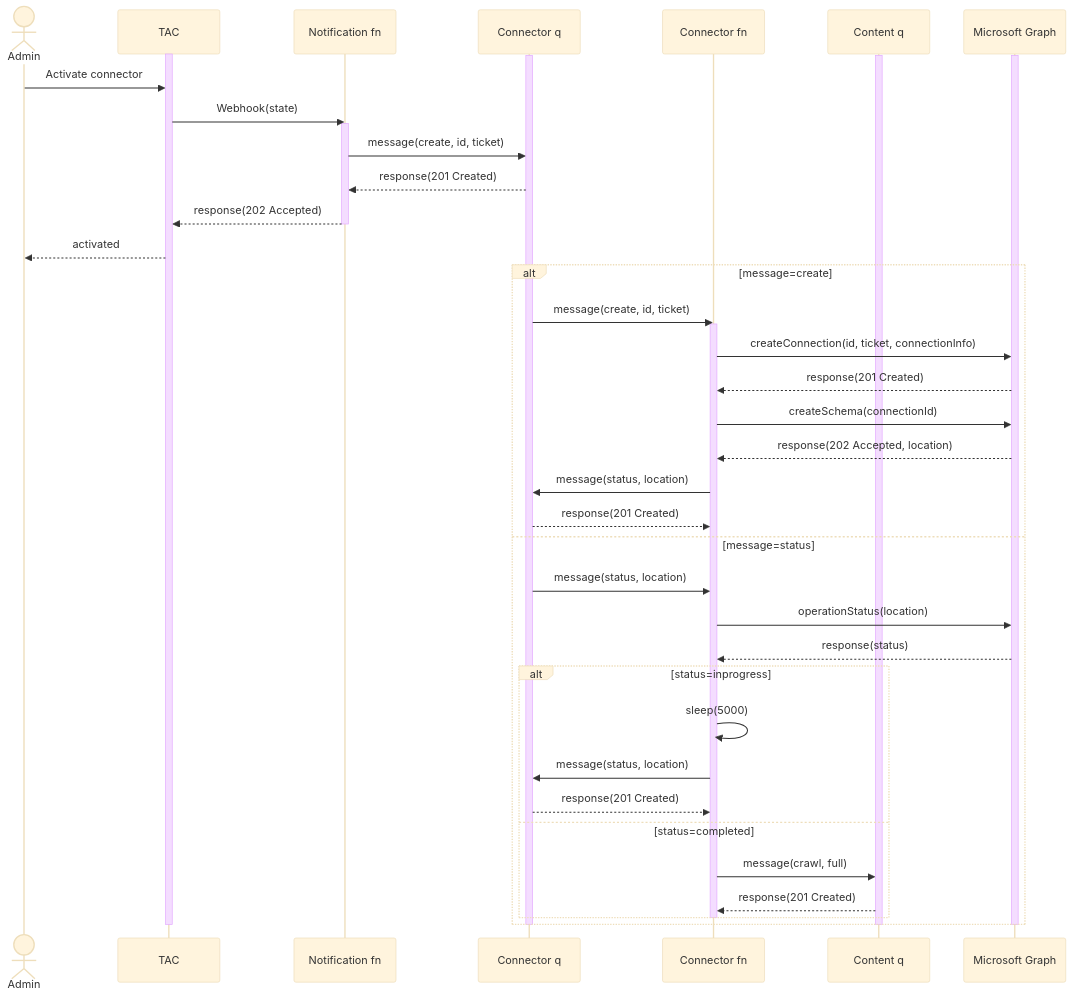
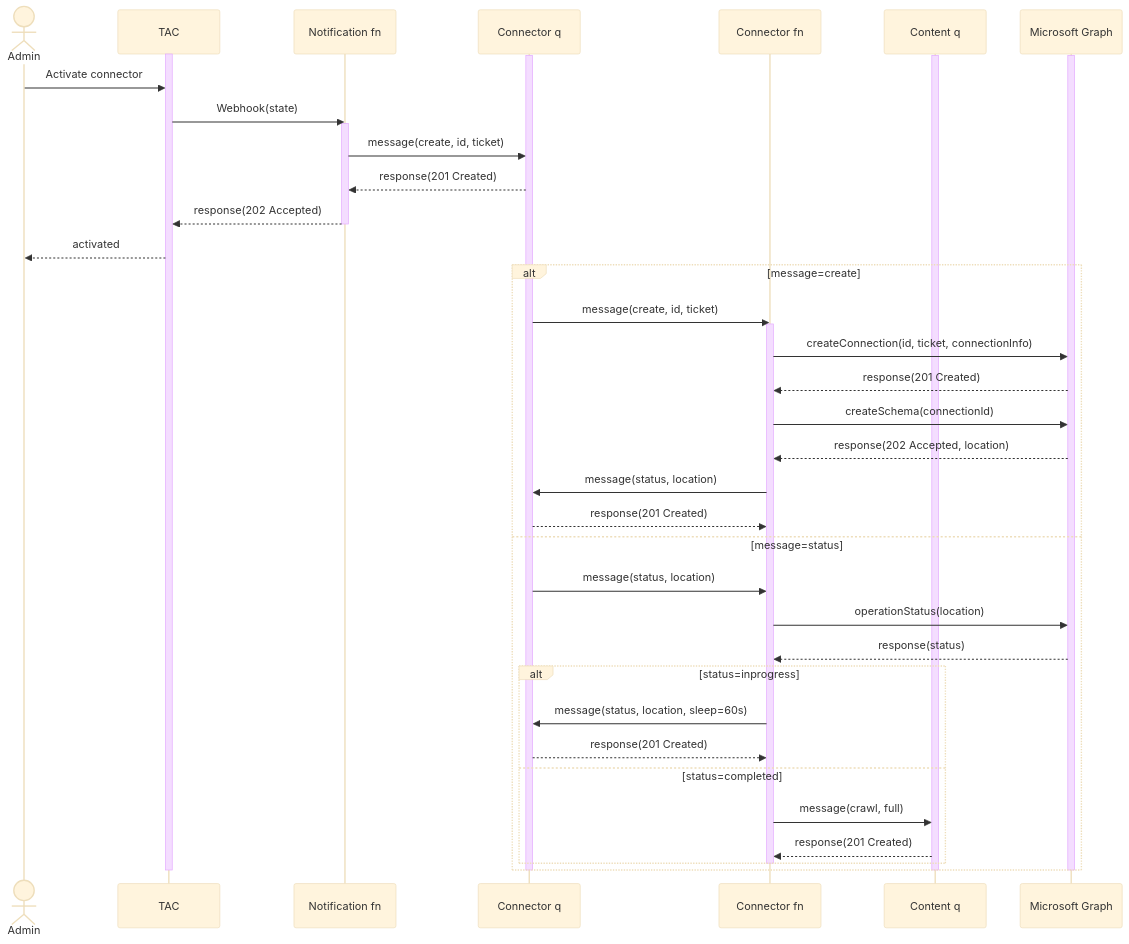
One commit to garrytrinder/food-catalog-graph-connector changed the first of 6 diagrams in readme.md. Above: the diagram before and after it, drawn with Mermaid (base theme).

Commit message:
Updates activating connector diagram

````diff
--- a/readme.md
+++ b/readme.md
@@ -33,54 +33,53 @@
 ```mermaid
 sequenceDiagram
   actor Admin
   participant TAC
   participant Notification fn
   participant Connector q
   participant Connector fn
   participant Content q
   participant Microsoft Graph
   
   activate TAC
   activate Connector q
   activate Content q
   activate Microsoft Graph
 
   Admin->>TAC:Activate connector
   TAC->>Notification fn:Webhook(state)
   activate Notification fn
   Notification fn->>Connector q:message(create, id, ticket)
   Connector q-->>Notification fn:response(201 Created)
   Notification fn-->>TAC:response(202 Accepted)
   deactivate Notification fn
   TAC-->>Admin:activated
 
   alt message=create
     Connector q->>Connector fn:message(create, id, ticket)
     activate Connector fn
     Connector fn->>Microsoft Graph:createConnection(id, ticket, connectionInfo)
     Microsoft Graph-->>Connector fn:response(201 Created)
     Connector fn->>Microsoft Graph:createSchema(connectionId)
     Microsoft Graph-->>Connector fn:response(202 Accepted, location)
     Connector fn->>Connector q:message(status, location)
     Connector q-->>Connector fn:response(201 Created)
   else message=status
     Connector q->>Connector fn:message(status, location)
     Connector fn->>Microsoft Graph:operationStatus(location)
     Microsoft Graph-->>Connector fn:response(status)
     
     alt status=inprogress
-      Connector fn->>Connector fn:sleep(5000)
-      Connector fn->>Connector q:message(status, location)
+      Connector fn->>Connector q:message(status, location, sleep=60s)
       Connector q-->>Connector fn:response(201 Created)
     else status=completed
       Connector fn->>Content q:message(crawl, full)
       Content q-->>Connector fn:response(201 Created)
     end
     deactivate Connector fn
   end
   
   deactivate Microsoft Graph
   deactivate Content q
   deactivate Connector q
   deactivate TAC
 ```
````
